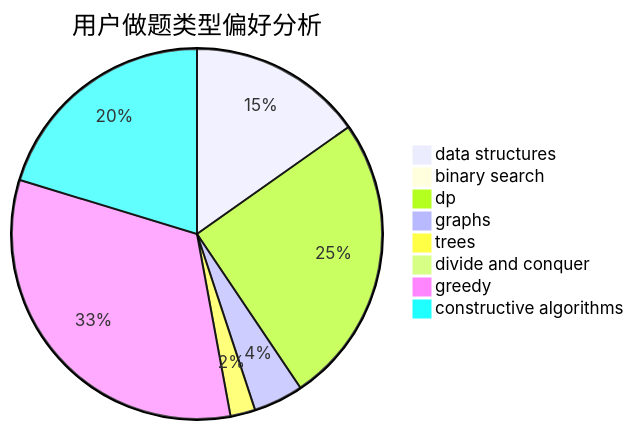
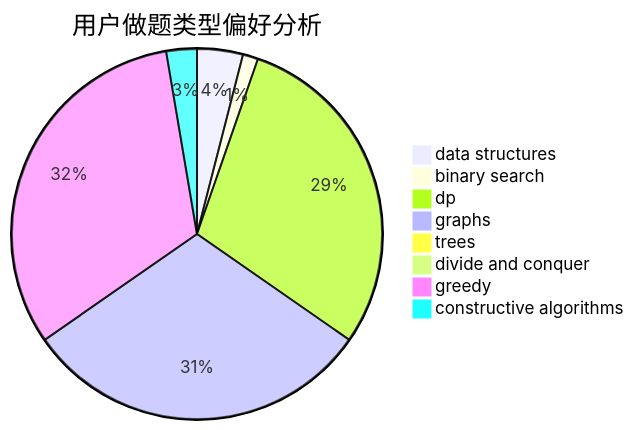
Before and after one commit to sherpahu/cfrs.github.io: the second of 3 diagrams in docs/user/u2102.md, drawn with Mermaid. The commit also changed other lines of this file and 2770 other files, not shown here.

````diff
--- a/docs/user/u2102.md
+++ b/docs/user/u2102.md
@@ -23,11 +23,11 @@
 ```mermaid
 pie title 用户做题类型偏好分析
-    "data structures" :  21
-    "binary search" :  0
-    "dp" :  35
-    "graphs" :  6
-    "trees" :  3
+    "data structures" :  3
+    "binary search" :  1
+    "dp" :  22
+    "graphs" :  23
+    "trees" :  0
     "divide and conquer" :  0
-    "greedy" :  45
-    "constructive algorithms" :  28
+    "greedy" :  24
+    "constructive algorithms" :  2
 ```
````
